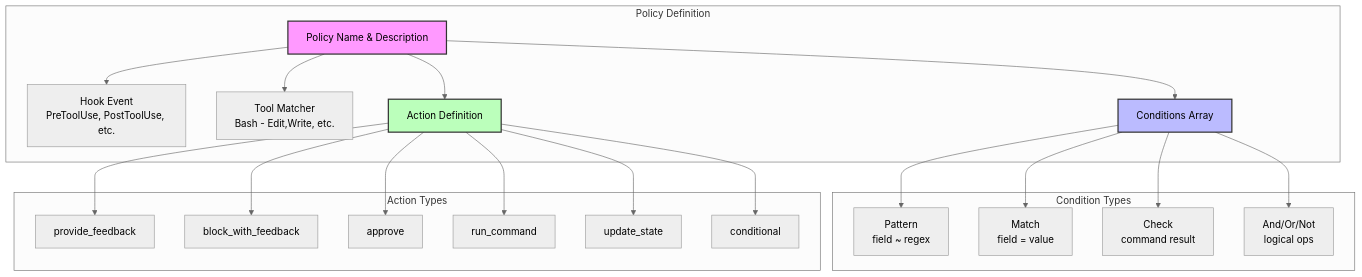
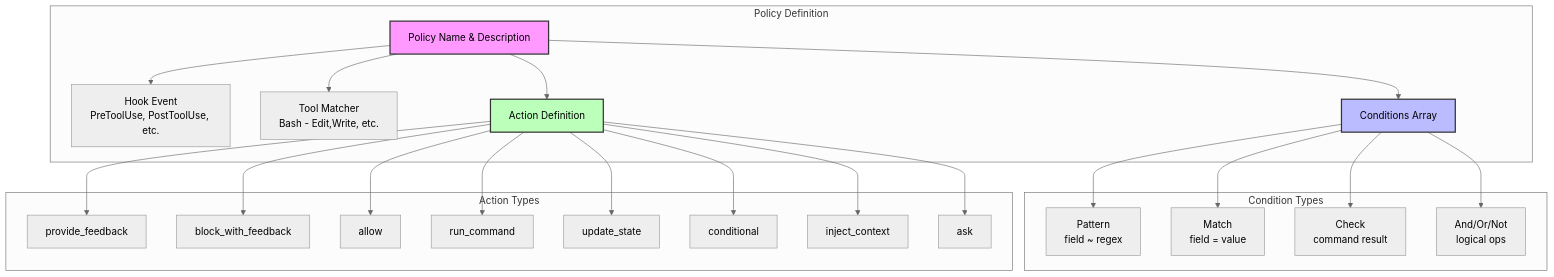
The fifth of 5 diagrams in docs/conditions-and-actions.md (eqtylab/cupcake), drawn with Mermaid (neutral theme) before and after one commit. The commit also changed other lines of this file and 5 other files, not shown here.

````diff
--- a/docs/conditions-and-actions.md
+++ b/docs/conditions-and-actions.md
@@ -168,30 +178,32 @@
 ```mermaid
 graph TD
     subgraph "Policy Definition"
         Policy[Policy Name & Description]
         Policy --> Event[Hook Event<br/>PreToolUse, PostToolUse, etc.]
         Policy --> Matcher[Tool Matcher<br/>Bash - Edit,Write, etc.]
         Policy --> Conditions[Conditions Array]
         Policy --> Action[Action Definition]
     end
 
     subgraph "Condition Types"
         Conditions --> C1[Pattern<br/>field ~ regex]
         Conditions --> C2[Match<br/>field = value]
         Conditions --> C3[Check<br/>command result]
         Conditions --> C4[And/Or/Not<br/>logical ops]
     end
 
     subgraph "Action Types"
         Action --> A1[provide_feedback]
         Action --> A2[block_with_feedback]
-        Action --> A3[approve]
+        Action --> A3[allow]
         Action --> A4[run_command]
         Action --> A5[update_state]
         Action --> A6[conditional]
+        Action --> A7[inject_context]
+        Action --> A8[ask]
     end
 
     style Policy fill:#f9f,stroke:#333,stroke-width:2px
     style Conditions fill:#bbf,stroke:#333,stroke-width:2px
     style Action fill:#bfb,stroke:#333,stroke-width:2px
 ```
````
